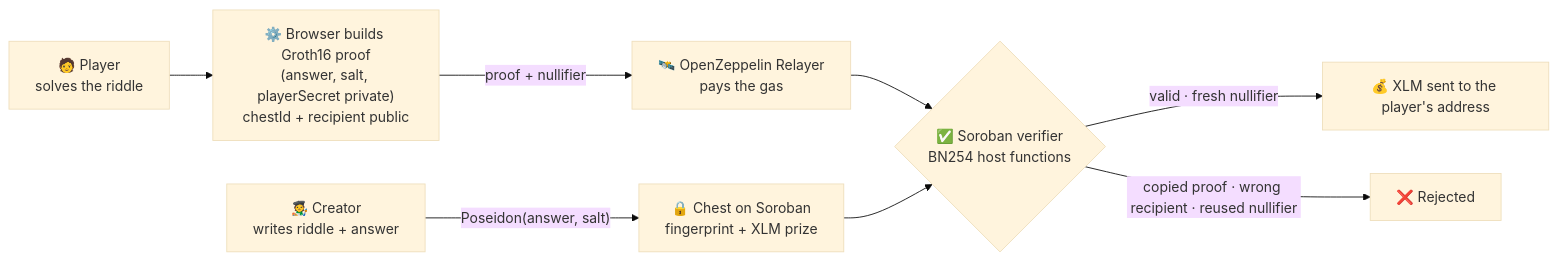
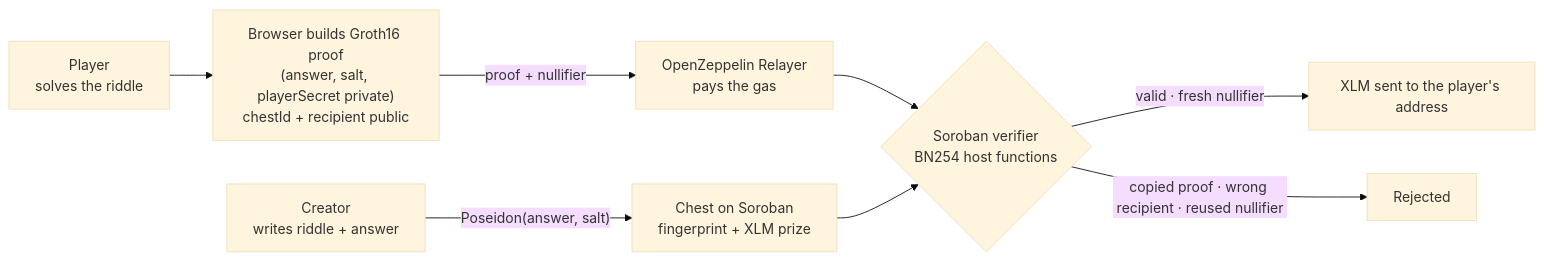
Before and after one commit to Klorenn/LOOT: the diagram in README.md, drawn with Mermaid (base theme). The commit also changed other lines of this file, not shown here.

````diff
--- a/README.md
+++ b/README.md
@@ -44,10 +56,10 @@
 ```mermaid
 flowchart LR
-    A["🧑‍🎨 Creator<br/>writes riddle + answer"] -->|"Poseidon(answer, salt)"| B["🔒 Chest on Soroban<br/>fingerprint + XLM prize"]
-    C["🧑 Player<br/>solves the riddle"] --> D["⚙️ Browser builds Groth16 proof<br/>(answer, salt, playerSecret private)<br/>chestId + recipient public"]
-    D -->|"proof + nullifier"| E["🛰️ OpenZeppelin Relayer<br/>pays the gas"]
-    E --> F{"✅ Soroban verifier<br/>BN254 host functions"}
+    A["Creator<br/>writes riddle + answer"] -->|"Poseidon(answer, salt)"| B["Chest on Soroban<br/>fingerprint + XLM prize"]
+    C["Player<br/>solves the riddle"] --> D["Browser builds Groth16 proof<br/>(answer, salt, playerSecret private)<br/>chestId + recipient public"]
+    D -->|"proof + nullifier"| E["OpenZeppelin Relayer<br/>pays the gas"]
+    E --> F{"Soroban verifier<br/>BN254 host functions"}
     B --> F
-    F -->|"valid · fresh nullifier"| G["💰 XLM sent to the player's address"]
-    F -->|"copied proof · wrong recipient · reused nullifier"| H["❌ Rejected"]
+    F -->|"valid · fresh nullifier"| G["XLM sent to the player's address"]
+    F -->|"copied proof · wrong recipient · reused nullifier"| H["Rejected"]
 ```
````
